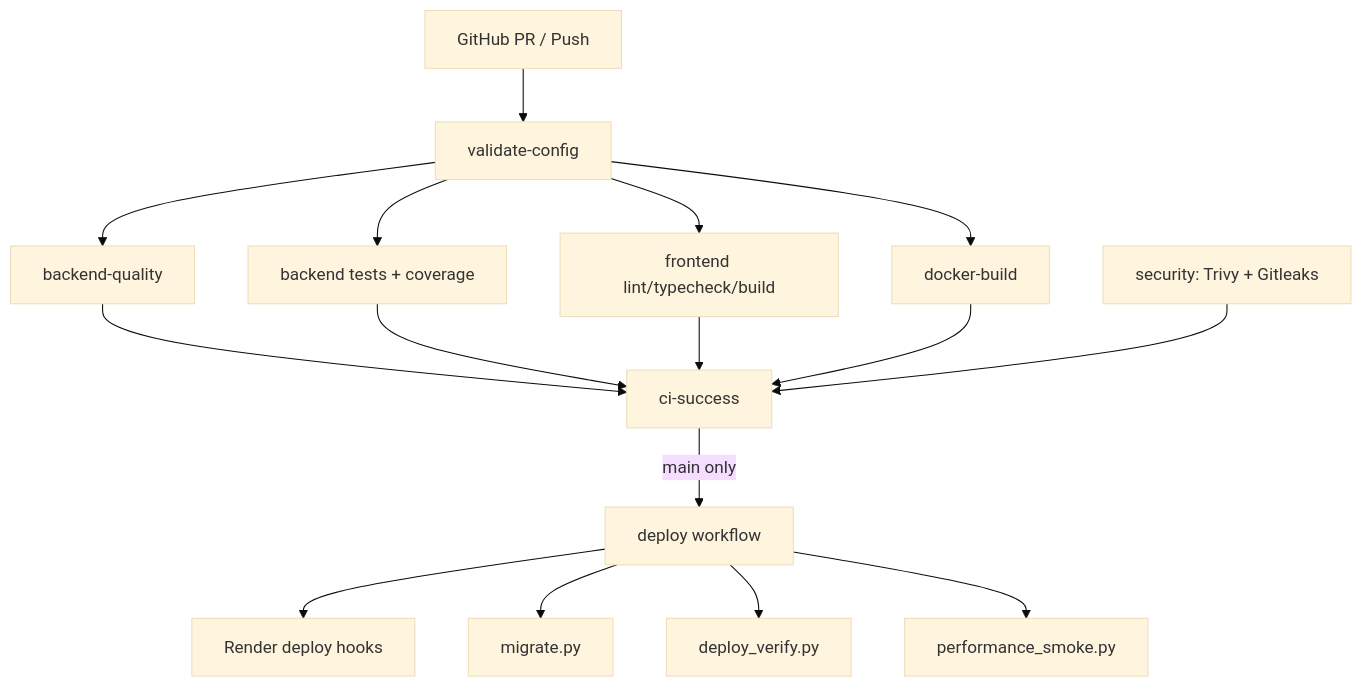
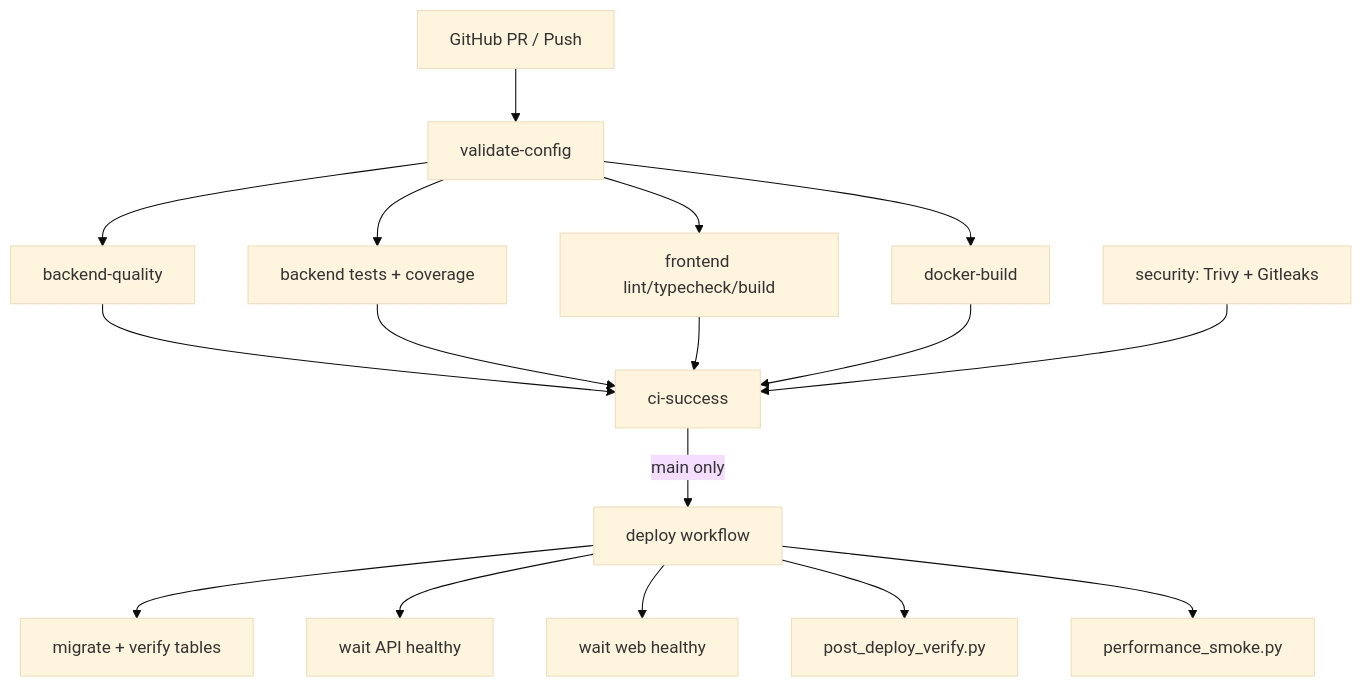
Before and after one commit to meenakshi25jan/docs: the diagram in docs/deployment/CI_CD.md, drawn with Mermaid (base theme). The commit also changed other lines of this file and 19 other files, not shown here.

First line of the commit message:
feat(deploy): enterprise recovery — auto migrations, full verify pipeline

````diff
--- a/docs/deployment/CI_CD.md
+++ b/docs/deployment/CI_CD.md
@@ -12,18 +13,19 @@
 ```mermaid
 flowchart TD
   PR[GitHub PR / Push] --> V[validate-config]
   V --> BQ[backend-quality]
   V --> BE[backend tests + coverage]
   V --> FE[frontend lint/typecheck/build]
   V --> DK[docker-build]
   BQ --> OK[ci-success]
   BE --> OK
   FE --> OK
   DK --> OK
   SEC[security: Trivy + Gitleaks] --> OK
   OK -->|main only| DEP[deploy workflow]
-  DEP --> HOOKS[Render deploy hooks]
-  DEP --> MIG[migrate.py]
-  DEP --> VERIFY[deploy_verify.py]
+  DEP --> MIG[migrate + verify tables]
+  DEP --> API[wait API healthy]
+  DEP --> WEB[wait web healthy]
+  DEP --> VERIFY[post_deploy_verify.py]
   DEP --> PERF[performance_smoke.py]
 ```
````
